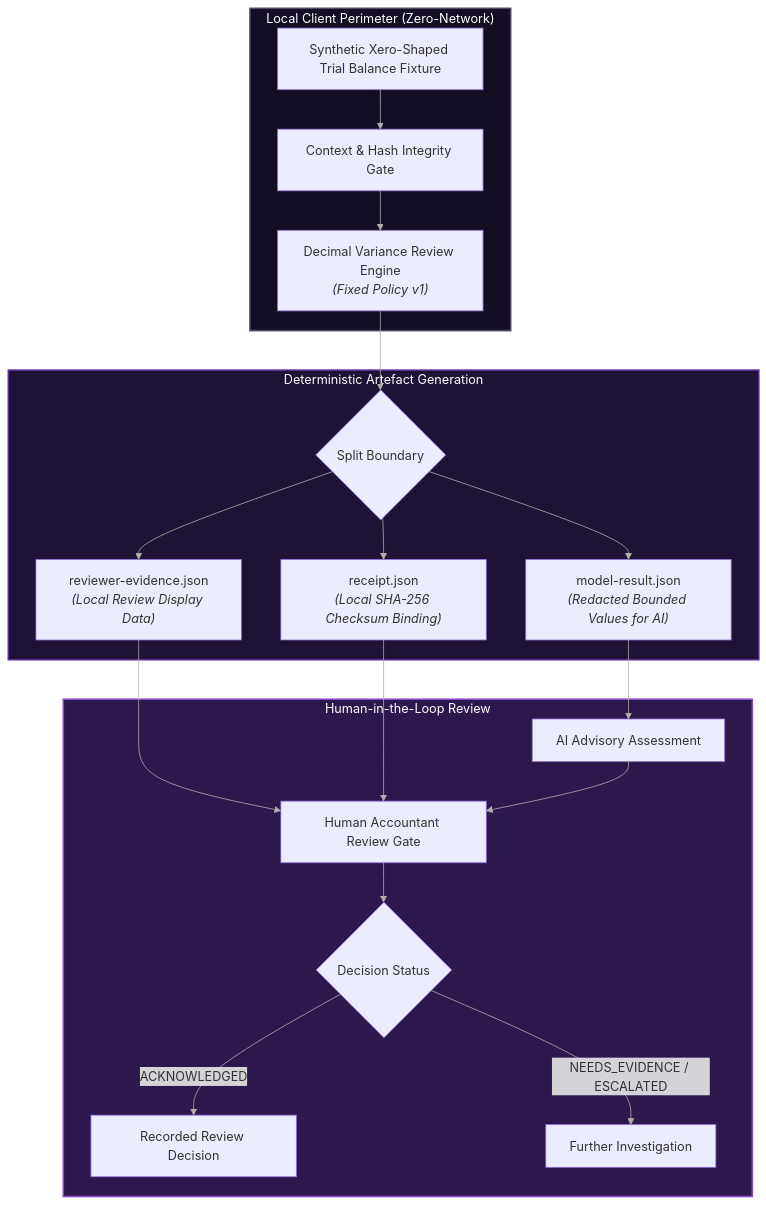
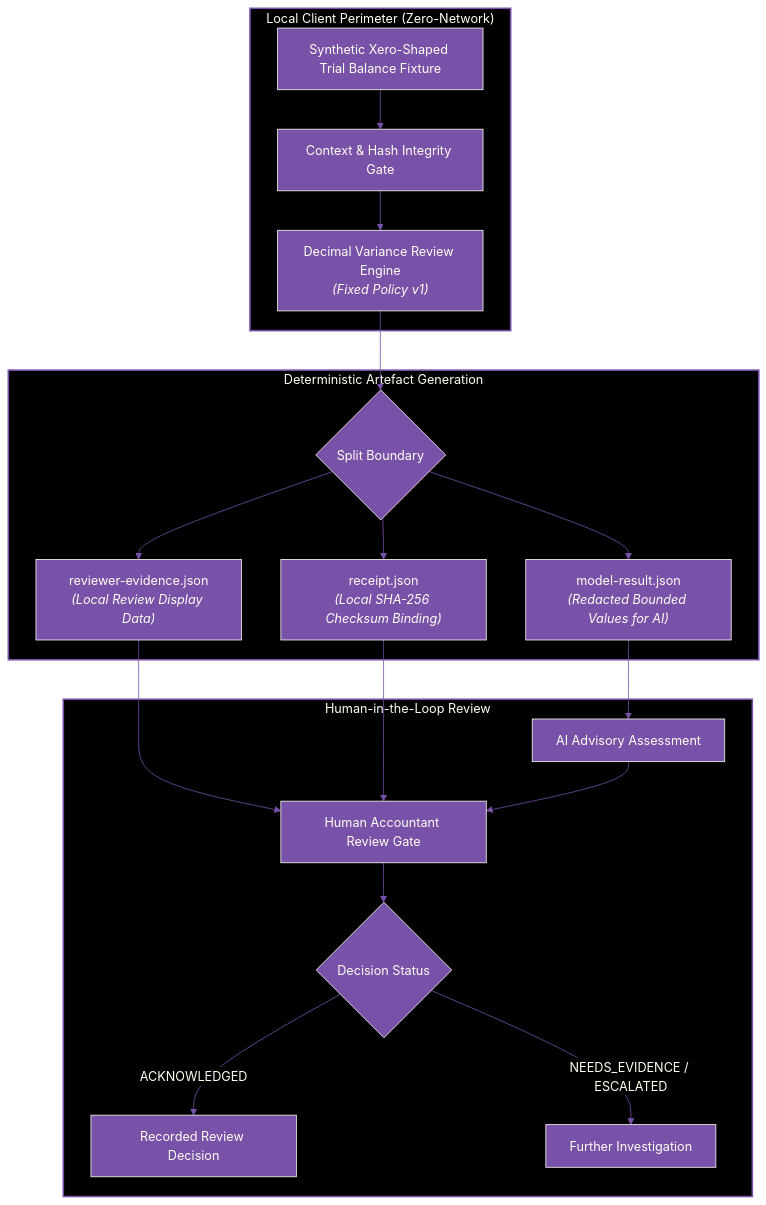
The diagram in packages/elizabeth-anne-alexander/README.md (ryanduguid/accounting-review-pipeline), drawn with Mermaid before and after one commit. The commit also changed 4 other files, not shown here.

Commit message:
Use ivory, royal purple and black in Mermaid diagrams (#322)

````diff
--- a/packages/elizabeth-anne-alexander/README.md
+++ b/packages/elizabeth-anne-alexander/README.md
@@ -51,27 +51,27 @@
 ```mermaid
-%%{init: {"themeVariables": {"lineColor": "#B1AFAD"}}}%%
 flowchart TD
+%%{init: {"theme": "base", "themeVariables": {"background": "#000000", "primaryColor": "#7851A9", "primaryTextColor": "#FFFFF0", "primaryBorderColor": "#FFFFF0", "lineColor": "#7851A9", "textColor": "#FFFFF0", "edgeLabelBackground": "#000000", "clusterBkg": "#000000", "clusterBorder": "#7851A9", "titleColor": "#FFFFF0"}}}%%
     subgraph ClientPerimeter ["Local Client Perimeter (Zero-Network)"]
         Raw["Synthetic Xero-Shaped Trial Balance Fixture"] --> Validate["Context & Hash Integrity Gate"]
         Validate --> Engine["Decimal Variance Review Engine<br/><i>(Fixed Policy v1)</i>"]
     end
 
     subgraph ArtifactSplit ["Deterministic Artefact Generation"]
         Engine --> Split{"Split Boundary"}
         Split --> Model["model-result.json<br/><i>(Redacted Bounded Values for AI)</i>"]
         Split --> Evidence["reviewer-evidence.json<br/><i>(Local Review Display Data)</i>"]
         Split --> Receipt["receipt.json<br/><i>(Local SHA-256 Checksum Binding)</i>"]
     end
 
     subgraph Governance ["Human-in-the-Loop Review"]
         Model --> LLM["AI Advisory Assessment"]
         Evidence & Receipt & LLM --> Reviewer["Human Accountant Review Gate"]
         Reviewer --> Decision{"Decision Status"}
         Decision -->|ACKNOWLEDGED| Done["Recorded Review Decision"]
         Decision -->|NEEDS_EVIDENCE / ESCALATED| Action["Further Investigation"]
     end
 
-    style ClientPerimeter fill:#140E24,stroke:#4F485E,stroke-width:2px,color:#FFFFFF
-    style ArtifactSplit fill:#1E1236,stroke:#5C2D91,stroke-width:2px,color:#FFFFFF
-    style Governance fill:#2D184E,stroke:#8A4AC7,stroke-width:2px,color:#FFFFFF
+    style ClientPerimeter fill:#000000,stroke:#7851A9,stroke-width:2px,color:#FFFFF0
+    style ArtifactSplit fill:#000000,stroke:#7851A9,stroke-width:2px,color:#FFFFF0
+    style Governance fill:#000000,stroke:#7851A9,stroke-width:2px,color:#FFFFF0
 ```
````
